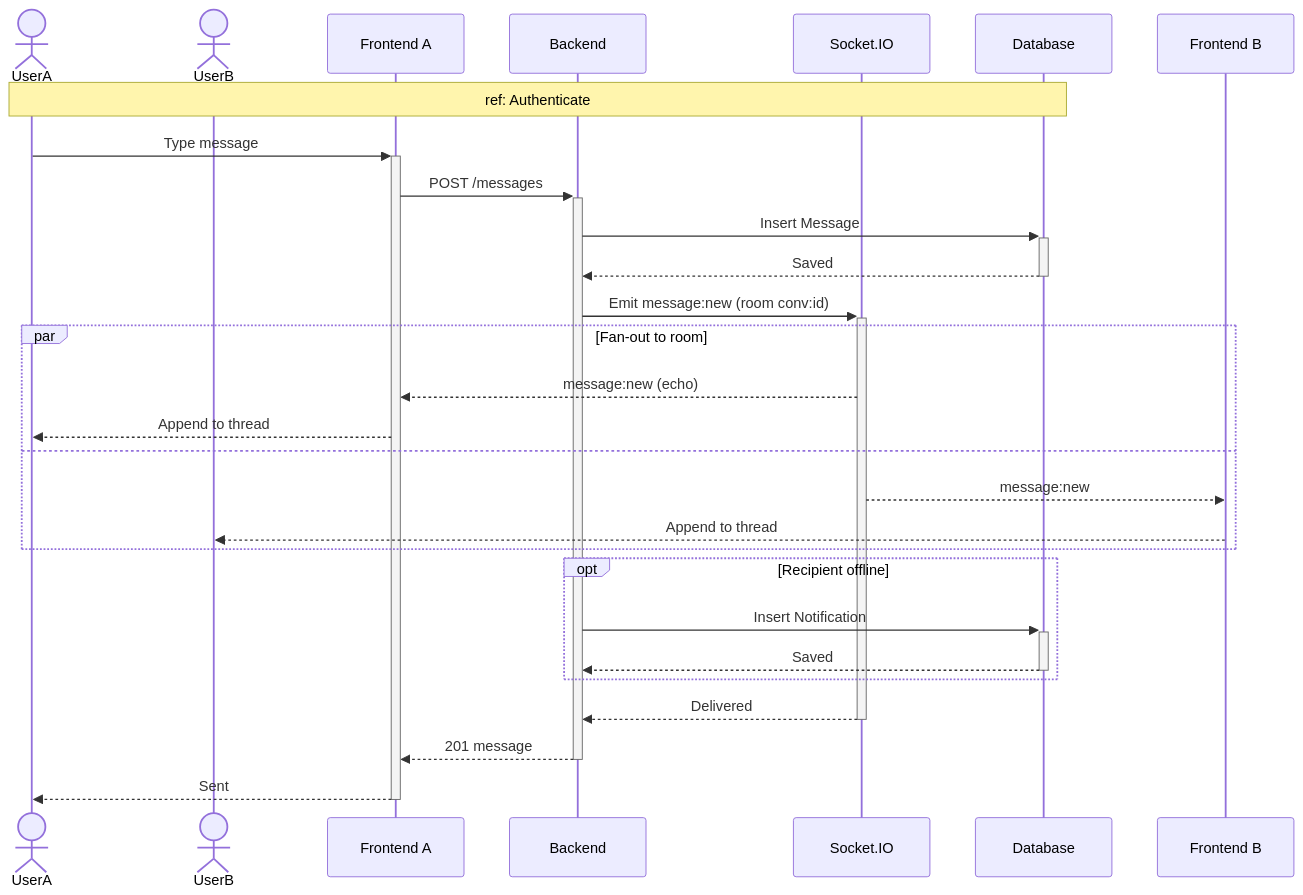
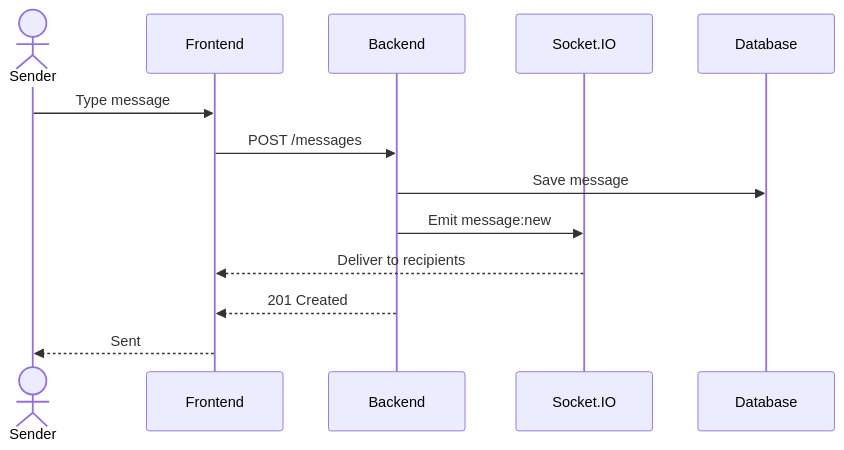
The fourth of 8 diagrams in docs/07_chapitre5_sprint3.md (MaizaAymen/OmniLearn), drawn with Mermaid before and after one commit.

````diff
--- a/docs/07_chapitre5_sprint3.md
+++ b/docs/07_chapitre5_sprint3.md
@@ -190,35 +190,16 @@
 ```mermaid
 sequenceDiagram
-    actor UserA
-    actor UserB
-    participant FE_A as Frontend A
+    actor Sender
+    participant FE as Frontend
     participant API as Backend
     participant Hub as Socket.IO
     participant DB as Database
-    participant FE_B as Frontend B
 
-    Note over UserA,DB: ref: Authenticate
-
-    UserA->>+FE_A: Type message
-    FE_A->>+API: POST /messages
-    API->>+DB: Insert Message
-    DB-->>-API: Saved
-    API->>+Hub: Emit message:new (room conv:id)
-
-    par Fan-out to room
-        Hub-->>FE_A: message:new (echo)
-        FE_A-->>UserA: Append to thread
-    and
-        Hub-->>FE_B: message:new
-        FE_B-->>UserB: Append to thread
-    end
-
-    opt Recipient offline
-        API->>+DB: Insert Notification
-        DB-->>-API: Saved
-    end
-
-    Hub-->>-API: Delivered
-    API-->>-FE_A: 201 message
-    FE_A-->>-UserA: Sent
+    Sender->>FE: Type message
+    FE->>API: POST /messages
+    API->>DB: Save message
+    API->>Hub: Emit message:new
+    Hub-->>FE: Deliver to recipients
+    API-->>FE: 201 Created
+    FE-->>Sender: Sent
 ```
````
